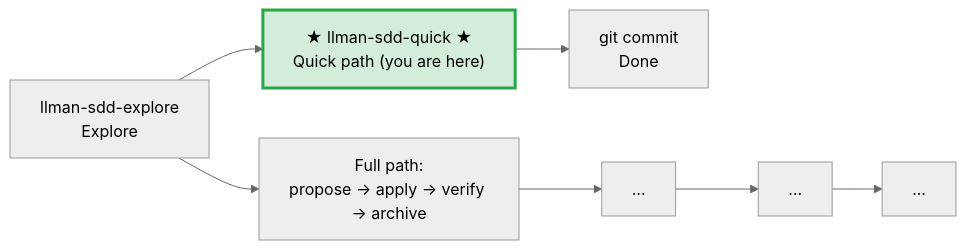
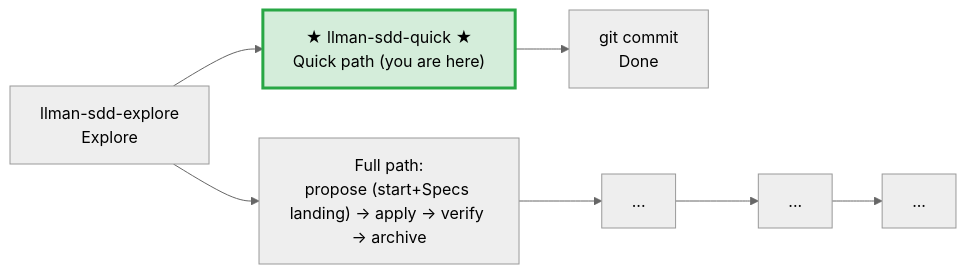
Before and after one commit to StrayDragon/llman: the diagram in templates/sdd/en/skills/llman-sdd-quick.md, drawn with Mermaid (neutral theme). The commit also changed 24 other files, not shown here.

First line of the commit message:
doc(sdd): hygiene skill templates — drop repo req tags, add git-native mermaid

````diff
--- a/templates/sdd/en/skills/llman-sdd-quick.md
+++ b/templates/sdd/en/skills/llman-sdd-quick.md
@@ -17,14 +17,14 @@
 ```mermaid
 flowchart LR
     explore["llman-sdd-explore<br/>Explore"] --> quick
 
     quick["★ llman-sdd-quick ★<br/>Quick path (you are here)"]
     quick --> commit["git commit<br/>Done"]
 
-    explore --> propose["Full path:<br/>propose → apply → verify → archive"]
+    explore --> propose["Full path:<br/>propose (start+Specs landing) → apply → verify → archive"]
     propose --> apply["..."]
     apply --> verify["..."]
     verify --> archive["..."]
 
     style quick fill:#d4edda,stroke:#28a745,stroke-width:3px
 ```
````
